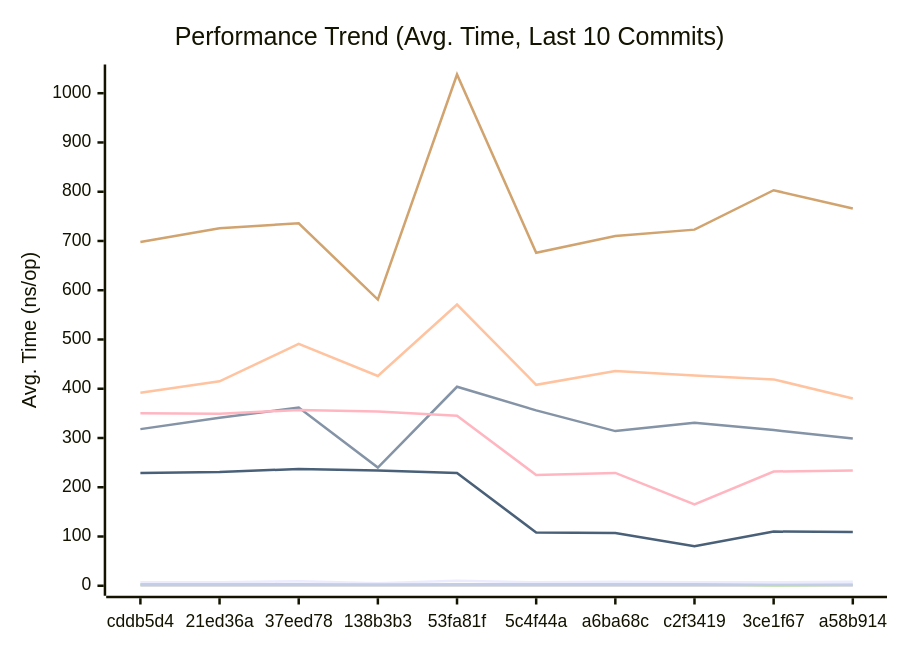
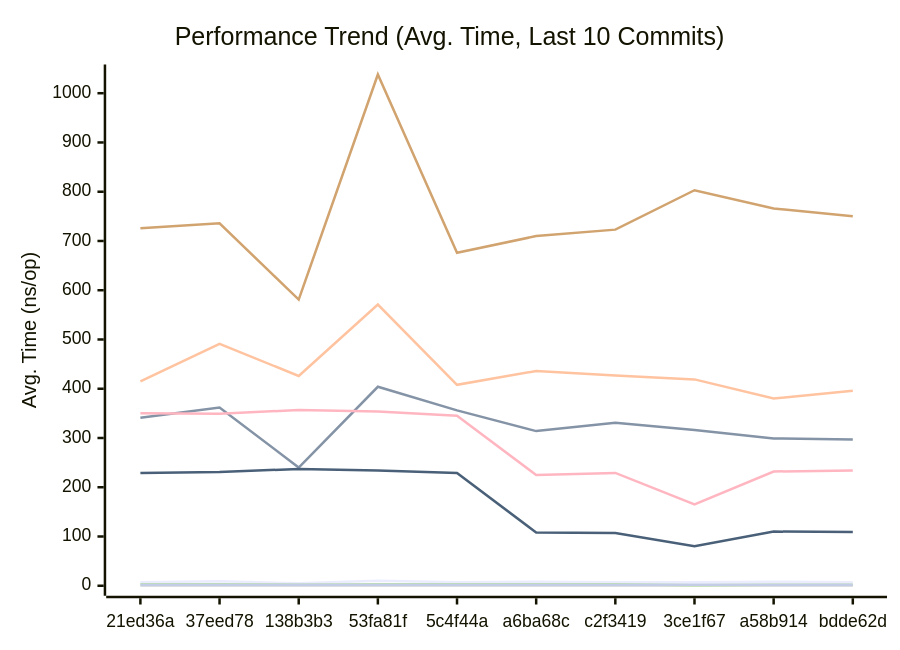
One commit to alsotoes/momo changed the first of 3 diagrams in docs/PERFORMANCE.md. Above: the diagram before and after it, drawn with Mermaid. The commit also changed other lines of this file and 2 other files, not shown here.

````diff
--- a/docs/PERFORMANCE.md
+++ b/docs/PERFORMANCE.md
@@ -80,16 +82,16 @@
 ```mermaid
 xychart-beta
     title "Performance Trend (Avg. Time, Last 10 Commits)"
     x-axis "Commit"
     y-axis "Avg. Time (ns/op)"
-    x-axis [cddb5d4,21ed36a,37eed78,138b3b3,53fa81f,5c4f44a,a6ba68c,c2f3419,3ce1f67,a58b914]
-    line "CheckMetricsAndSwap" [7,7,9,5,10,7,8,7,7,8]
-    line "CrushOptimized" [318,341,362,240,404,356,314,331,316,299]
-    line "CrushOriginal" [392,415,491,426,571,408,436,427,419,380]
+    x-axis [21ed36a,37eed78,138b3b3,53fa81f,5c4f44a,a6ba68c,c2f3419,3ce1f67,a58b914,bdde62d]
+    line "CheckMetricsAndSwap" [7,9,5,10,7,8,7,7,8,7]
+    line "CrushOptimized" [341,362,240,404,356,314,331,316,299,297]
+    line "CrushOriginal" [415,491,426,571,408,436,427,419,380,396]
     line "IndexDirectTracking" [0,0,0,0,0,0,0,0,0,0]
-    line "IndexSearch" [3,3,3,2,3,3,3,3,1,2]
-    line "LoadGlobalConfig" [698,726,736,581,1038,676,710,723,803,766]
+    line "IndexSearch" [3,3,2,3,3,3,3,1,2,2]
+    line "LoadGlobalConfig" [726,736,581,1038,676,710,723,803,766,750]
     line "PadString" [2,2,2,2,2,2,2,2,2,2]
     line "ParseReplicationOrder_NoPrealloc" [350,349,357,354,345,225,229,165,232,234]
     line "ParseReplicationOrder_Prealloc" [229,231,237,234,229,108,107,80,110,109]
 ```
````
